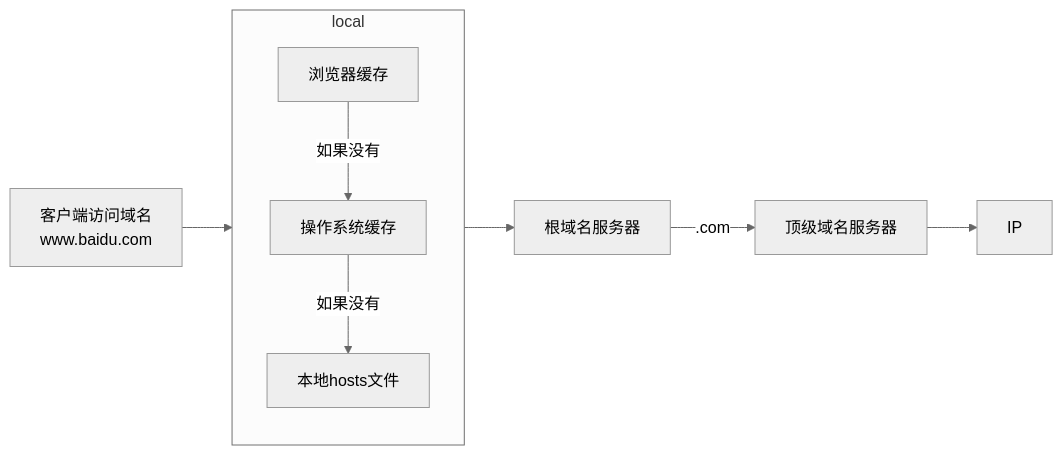
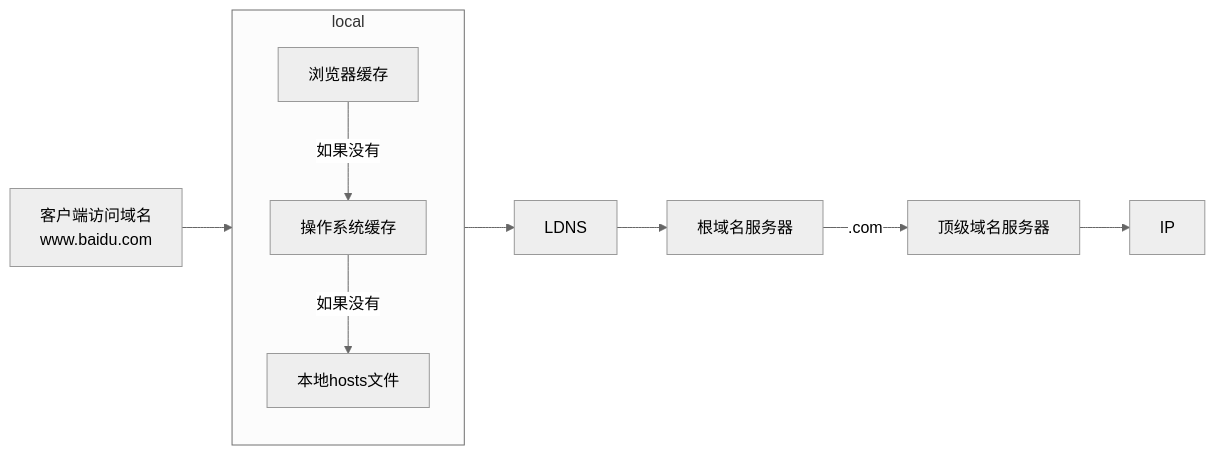
One commit to namelessmyth/beFreeCoder changed the fifth of 11 diagrams in docs/Architecture/学习笔记-架构设计.md. Above: the diagram before and after it, drawn with Mermaid (neutral theme). The commit also changed other lines of this file and 2 other files, not shown here.

````diff
--- a/docs/Architecture/学习笔记-架构设计.md
+++ b/docs/Architecture/学习笔记-架构设计.md
@@ -1517,11 +1538,11 @@
 ```mermaid
 flowchart LR
 name["客户端访问域名<br>www.baidu.com"]-->local
 subgraph local
 	direction TB
 	browser["浏览器缓存"]
 	-->|如果没有|os["操作系统缓存"]
 	-->|如果没有|本地hosts文件
 end
-local-->root["根域名服务器"]-->|.com|top["顶级域名服务器"]-->IP
+local-->LDNS-->root["根域名服务器"]-->|.com|top["顶级域名服务器"]-->IP
 ```
````
